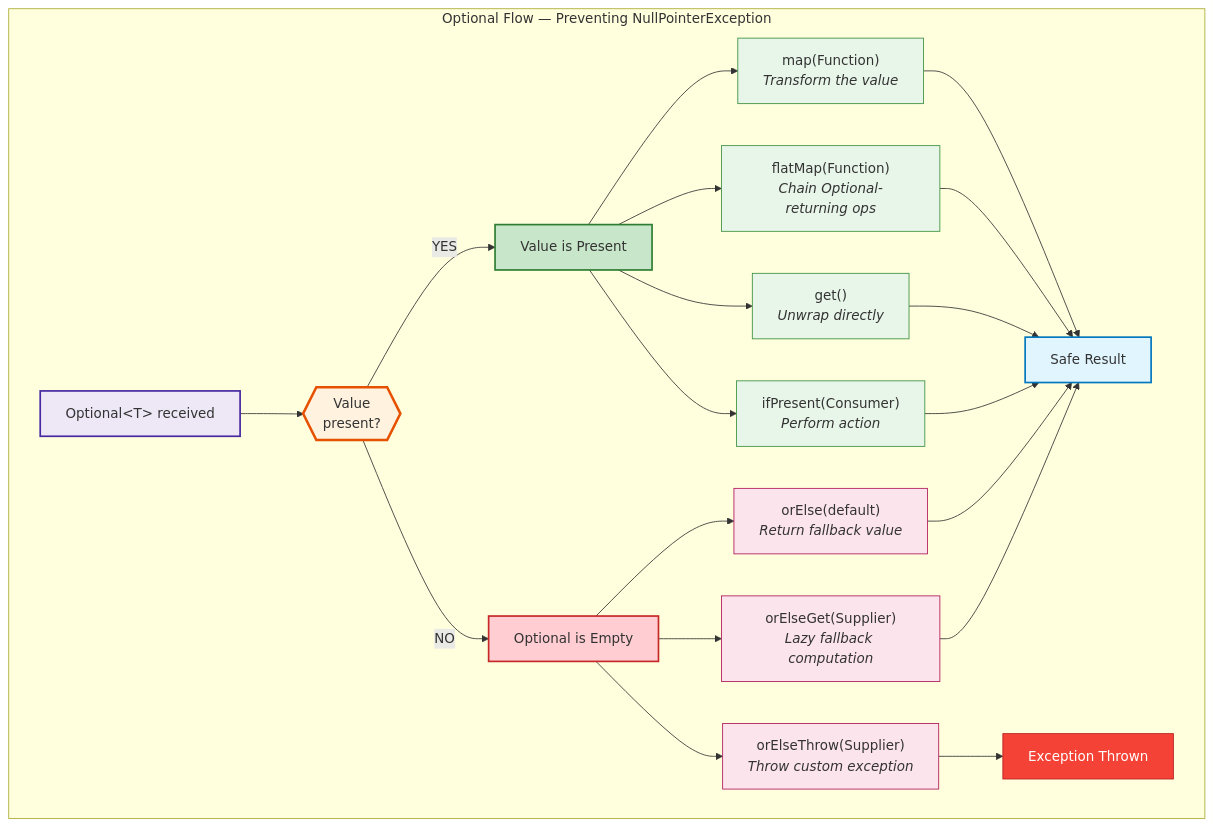
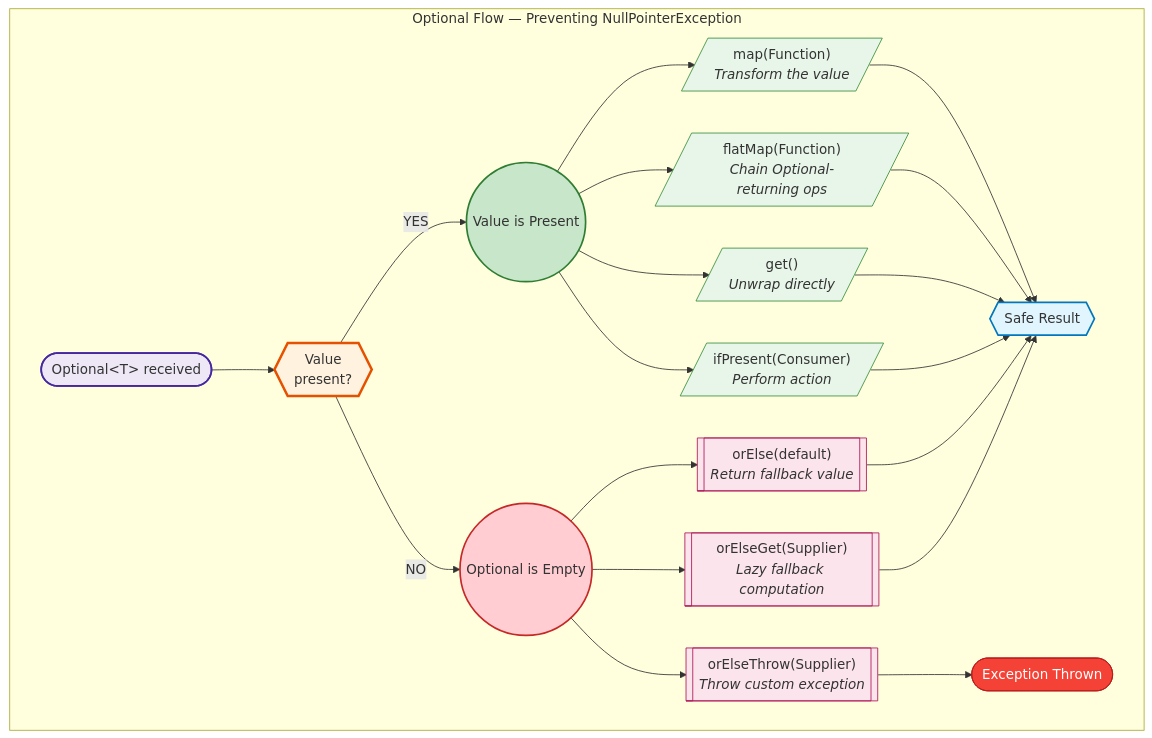
Before and after one commit to saivamsikaruturi/vamsilabs-dev-notes-main: the third of 3 diagrams in docs/java/Java8.md, drawn with Mermaid. The commit also changed other lines of this file and 146 other files, not shown here.

Commit message:
Horizontal diagrams, UML class diagrams, typography overhaul, and permalink cleanup

````diff
--- a/docs/java/Java8.md
+++ b/docs/java/Java8.md
@@ -339,40 +339,41 @@
 ```mermaid
-flowchart TD
+flowchart LR
     subgraph OptionalFlow["Optional Flow — Preventing NullPointerException"]
-        START["Optional&lt;T&gt; received"] --> CHECK{{"Value<br/>present?"}}
+        direction LR
+        START(["Optional&lt;T&gt; received"]) --> CHECK{{"Value<br/>present?"}}
 
-        CHECK -->|"YES"| PRESENT["Value is Present"]
-        CHECK -->|"NO"| EMPTY["Optional is Empty"]
+        CHECK -->|"YES"| PRESENT(("Value is Present"))
+        CHECK -->|"NO"| EMPTY(("Optional is Empty"))
 
-        PRESENT --> MAP["map(Function)<br/><i>Transform the value</i>"]
-        PRESENT --> FLATMAP["flatMap(Function)<br/><i>Chain Optional-returning ops</i>"]
-        PRESENT --> GET["get()<br/><i>Unwrap directly</i>"]
-        PRESENT --> IFPRESENT["ifPresent(Consumer)<br/><i>Perform action</i>"]
+        PRESENT --> MAP[/"map(Function)<br/><i>Transform the value</i>"/]
+        PRESENT --> FLATMAP[/"flatMap(Function)<br/><i>Chain Optional-returning ops</i>"/]
+        PRESENT --> GET[/"get()<br/><i>Unwrap directly</i>"/]
+        PRESENT --> IFPRESENT[/"ifPresent(Consumer)<br/><i>Perform action</i>"/]
 
-        EMPTY --> ORELSE["orElse(default)<br/><i>Return fallback value</i>"]
-        EMPTY --> ORELSEGET["orElseGet(Supplier)<br/><i>Lazy fallback computation</i>"]
-        EMPTY --> ORELSETHROW["orElseThrow(Supplier)<br/><i>Throw custom exception</i>"]
+        EMPTY --> ORELSE[["orElse(default)<br/><i>Return fallback value</i>"]]
+        EMPTY --> ORELSEGET[["orElseGet(Supplier)<br/><i>Lazy fallback computation</i>"]]
+        EMPTY --> ORELSETHROW[["orElseThrow(Supplier)<br/><i>Throw custom exception</i>"]]
 
-        MAP --> RESULT["Safe Result"]
+        MAP --> RESULT{{"Safe Result"}}
         FLATMAP --> RESULT
         GET --> RESULT
         IFPRESENT --> RESULT
         ORELSE --> RESULT
         ORELSEGET --> RESULT
-        ORELSETHROW --> EXCEPTION["Exception Thrown"]
+        ORELSETHROW --> EXCEPTION(["Exception Thrown"])
     end
 
     style CHECK fill:#fff3e0,stroke:#e65100,stroke-width:3px
     style PRESENT fill:#c8e6c9,stroke:#2e7d32,stroke-width:2px
     style EMPTY fill:#ffcdd2,stroke:#c62828,stroke-width:2px
     style MAP fill:#e8f5e9,stroke:#388e3c
     style FLATMAP fill:#e8f5e9,stroke:#388e3c
     style GET fill:#e8f5e9,stroke:#388e3c
     style IFPRESENT fill:#e8f5e9,stroke:#388e3c
     style ORELSE fill:#fce4ec,stroke:#ad1457
     style ORELSEGET fill:#fce4ec,stroke:#ad1457
     style ORELSETHROW fill:#fce4ec,stroke:#ad1457
     style RESULT fill:#e1f5fe,stroke:#0277bd,stroke-width:2px
     style EXCEPTION fill:#f44336,stroke:#b71c1c,color:#fff
     style START fill:#ede7f6,stroke:#4527a0,stroke-width:2px
 ```
````
